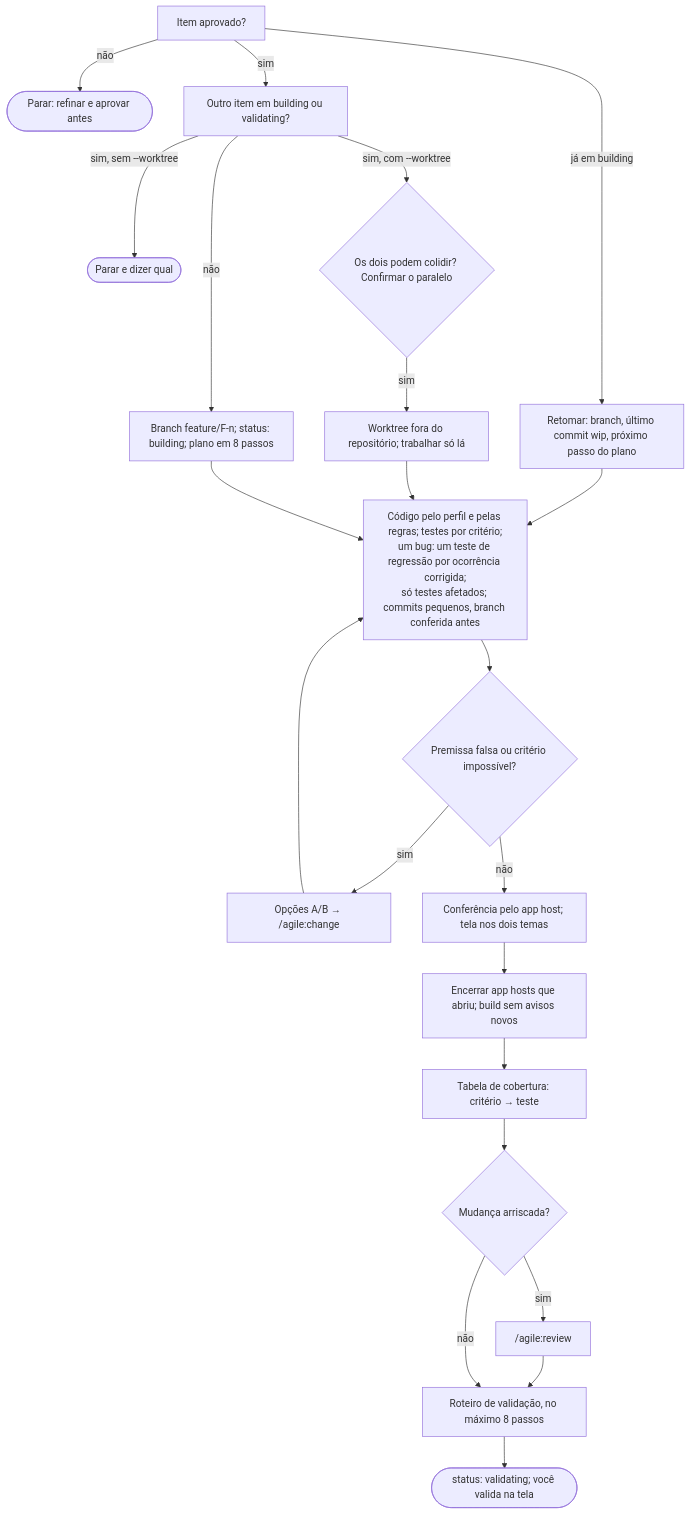
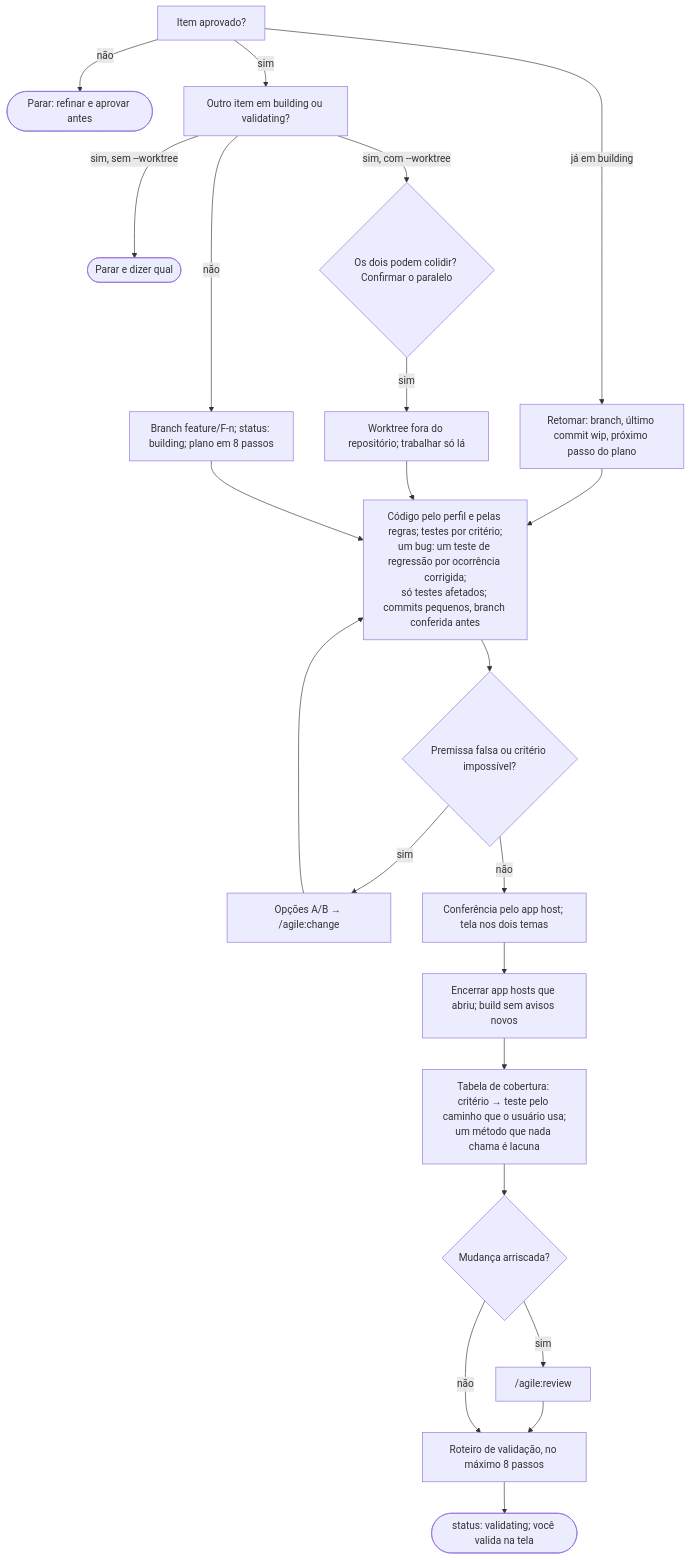
The eighth of 15 diagrams in docs/agile/workflow.pt-BR.md (alexcanario/simulab), drawn with Mermaid before and after one commit. The commit also changed other lines of this file and 12 other files, not shown here.

````diff
--- a/docs/agile/workflow.pt-BR.md
+++ b/docs/agile/workflow.pt-BR.md
@@ -962,24 +972,24 @@
 ```mermaid
 flowchart TD
     A["Item aprovado?"] -->|já em building| A2["Retomar: branch, último commit wip, próximo passo do plano"]
     A2 --> D
     A -->|não| A1(["Parar: refinar e aprovar antes"])
     A -->|sim| B["Outro item em building ou validating?"]
     B -->|sim, sem --worktree| B1(["Parar e dizer qual"])
     B -->|sim, com --worktree| B2{"Os dois podem colidir? Confirmar o paralelo"}
     B2 -->|sim| C2["Worktree fora do repositório; trabalhar só lá"]
     B -->|não| C["Branch feature/F-n; status: building; plano em 8 passos"]
     C2 --> D
     C --> D["Código pelo perfil e pelas regras; testes por critério;<br/>um bug: um teste de regressão por ocorrência corrigida;<br/>só testes afetados; commits pequenos, branch conferida antes"]
     D --> E{"Premissa falsa ou critério impossível?"}
     E -->|sim| E1["Opções A/B → /agile:change"]
     E1 --> D
     E -->|não| F["Conferência pelo app host; tela nos dois temas"]
     F --> G["Encerrar app hosts que abriu; build sem avisos novos"]
-    G --> H["Tabela de cobertura: critério → teste"]
+    G --> H["Tabela de cobertura: critério → teste pelo caminho que o usuário usa;<br/>um método que nada chama é lacuna"]
     H --> I{"Mudança arriscada?"}
     I -->|sim| I1["/agile:review"]
     I1 --> J
     I -->|não| J["Roteiro de validação, no máximo 8 passos"]
     J --> K(["status: validating; você valida na tela"])
 ```
````
